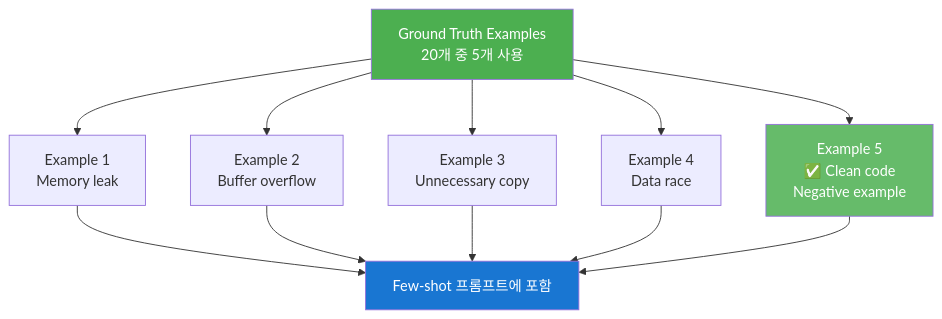
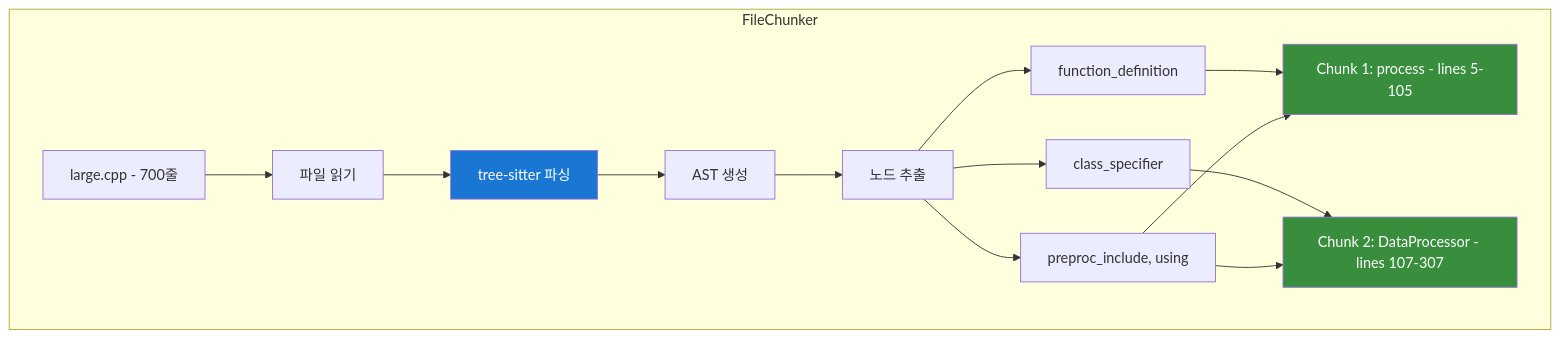
Before and after one commit to ApeachM/llm-code-reviewer: diagram 17 of 32 in PRESENTATION.md, drawn with Mermaid. The commit also changed other lines of this file and 1 other file, not shown here.

First line of the commit message:
docs: Expand "CLAUDE.md" with linting and formatting guidelines, architecture updates, and technique details

````diff
--- a/PRESENTATION.md
+++ b/PRESENTATION.md
@@ -1056,20 +747,22 @@
 ```mermaid
 graph TB
-    Examples[Ground Truth Examples<br/>20개 중 5개 사용]
+    subgraph "FileChunker"
+        Input[large.cpp - 700줄] --> Read[파일 읽기]
+        Read --> Parse[tree-sitter 파싱]
+        Parse --> AST[AST 생성]
 
-    Examples --> E1[Example 1<br/>Memory leak]
-    Examples --> E2[Example 2<br/>Buffer overflow]
-    Examples --> E3[Example 3<br/>Unnecessary copy]
-    Examples --> E4[Example 4<br/>Data race]
-    Examples --> E5[Example 5<br/>✅ Clean code<br/>Negative example]
+        AST --> Extract[노드 추출]
+        Extract --> Func[function_definition]
+        Extract --> Class[class_specifier]
+        Extract --> Context[preproc_include, using]
 
-    E1 --> Use1[Few-shot 프롬프트에 포함]
-    E2 --> Use1
-    E3 --> Use1
-    E4 --> Use1
-    E5 --> Use1
+        Func --> Chunk1[Chunk 1: process - lines 5-105]
+        Class --> Chunk2[Chunk 2: DataProcessor - lines 107-307]
+        Context --> Chunk1
+        Context --> Chunk2
+    end
 
-    style Examples fill:#4caf50,color:#fff
-    style E5 fill:#66bb6a,color:#fff
-    style Use1 fill:#1976d2,color:#fff
+    style Parse fill:#1976d2,color:#fff
+    style Chunk1 fill:#388e3c,color:#fff
+    style Chunk2 fill:#388e3c,color:#fff
 ```
````
